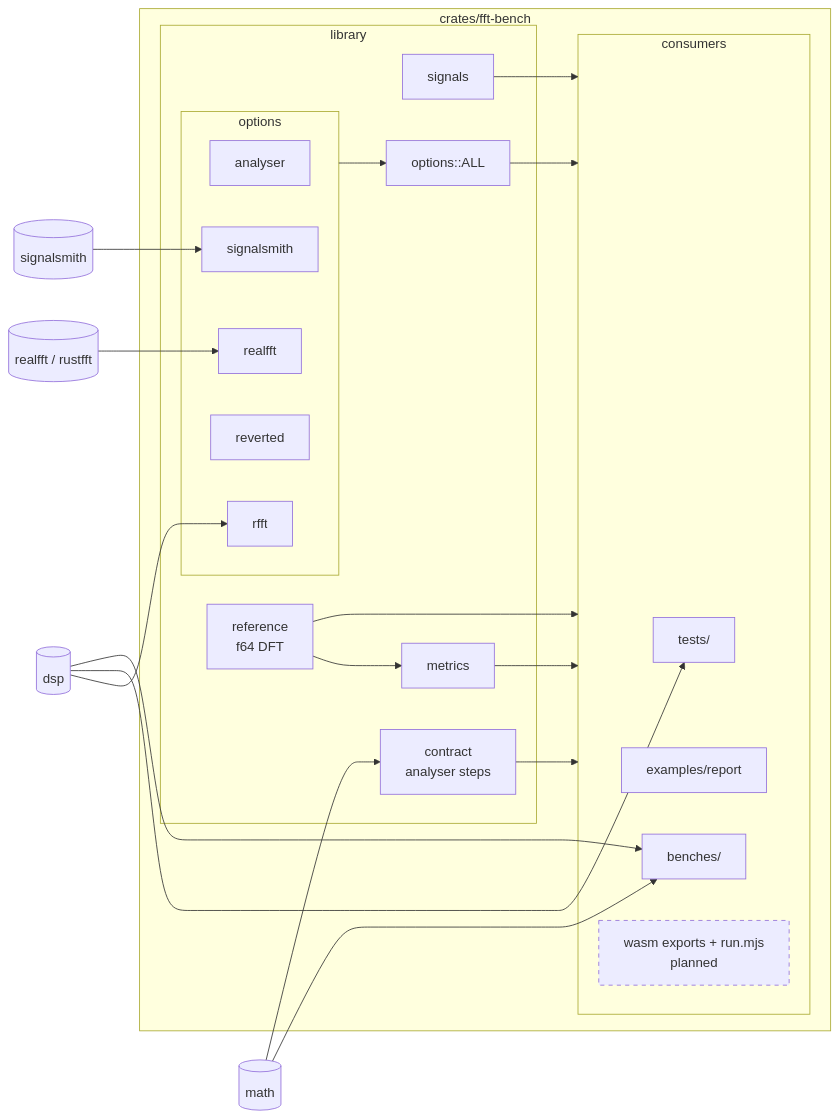
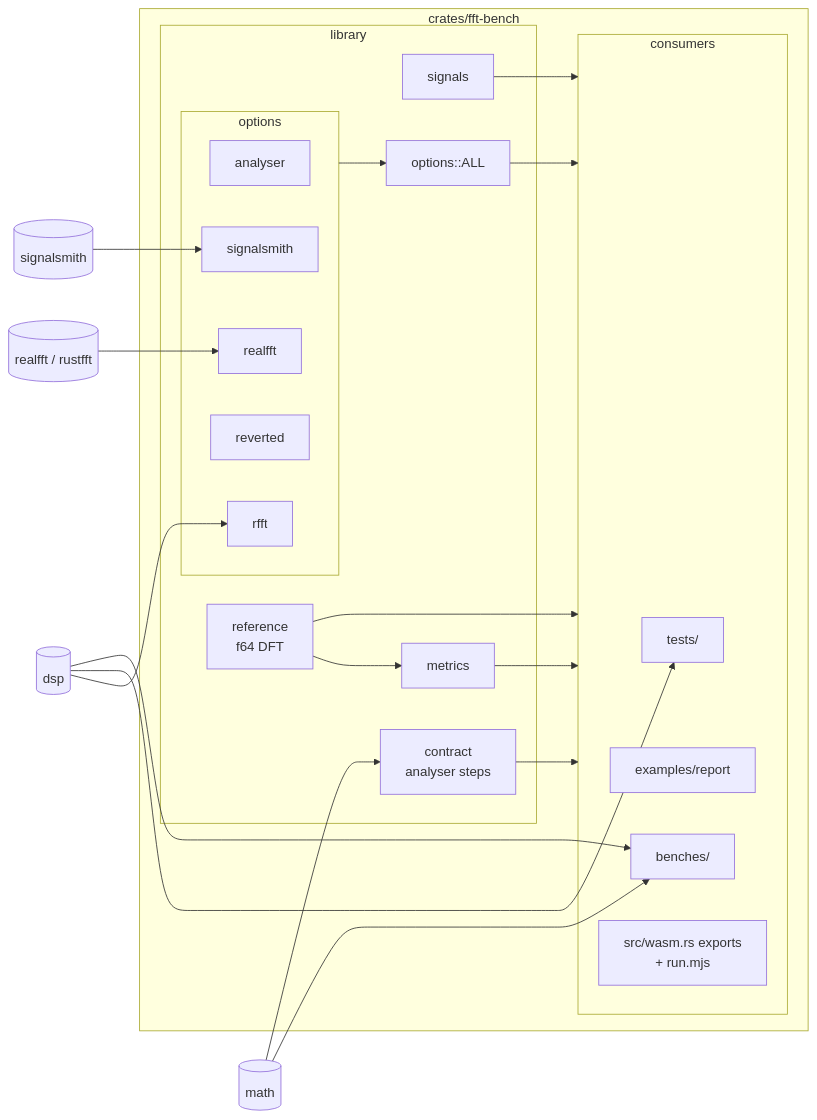
Before and after one commit to BLyndon/openDAW: the first of 2 diagrams in crates/fft-bench/docs/architecture.md, drawn with Mermaid. The commit also changed other lines of this file and 11 other files, not shown here.

Commit message:
feat(fft-bench): import-free wasm exports and Node runner with adaptive CI and per-step timing

````diff
--- a/crates/fft-bench/docs/architecture.md
+++ b/crates/fft-bench/docs/architecture.md
@@ -32,45 +31,43 @@
 ```mermaid
 flowchart LR
     dsp[(dsp)]
     math[(math)]
     signalsmith_crate[(signalsmith)]
     realfft_crate[(realfft / rustfft)]
     subgraph harness[crates/fft-bench]
         subgraph library[library]
             signals
             reference[reference<br/>f64 DFT]
             metrics
             contract[contract<br/>analyser steps]
             registry[options::ALL]
             subgraph options[options]
                 analyser
                 rfft_opt[rfft]
                 signalsmith_opt[signalsmith]
                 reverted
                 realfft_opt[realfft]
             end
         end
         subgraph consumers[consumers]
             tests[tests/]
             report[examples/report]
             benches[benches/]
-            wasm[wasm exports + run.mjs<br/>planned]
+            wasm[src/wasm.rs exports<br/>+ run.mjs]
         end
     end
     reference --> metrics
     options --> registry
     math --> contract
     dsp --> rfft_opt
     dsp --> tests
     dsp --> benches
     math --> benches
     signalsmith_crate --> signalsmith_opt
     realfft_crate --> realfft_opt
     signals --> consumers
     reference --> consumers
     metrics --> consumers
     contract --> consumers
     registry --> consumers
-    classDef planned stroke-dasharray: 5 5
-    class wasm planned
 ```
````
